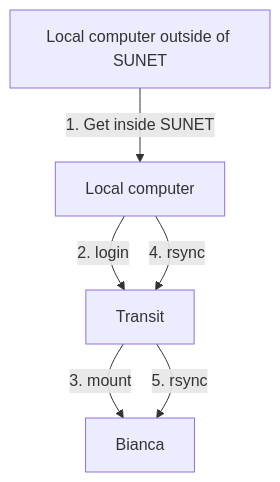
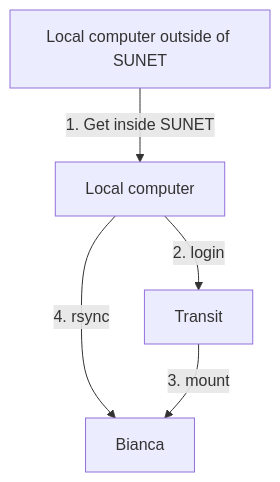
One commit to UPPMAX/UPPMAX-documentation changed the diagram in docs/cluster_guides/bianca_file_transfer_using_rsync.md. Above: the diagram before and after it, drawn with Mermaid. The commit also changed other lines of this file and 1 other file, not shown here.

Commit message:
Draft of rsync to Bianca

````diff
--- a/docs/cluster_guides/bianca_file_transfer_using_rsync.md
+++ b/docs/cluster_guides/bianca_file_transfer_using_rsync.md
@@ -8,12 +8,11 @@
 ```mermaid
 flowchart TD
   local_computer_ourside_sunet[Local computer outside of SUNET]
   local_computer[Local computer]
   transit[Transit]
   bianca[Bianca]
   local_computer_ourside_sunet --> |1. Get inside SUNET|local_computer
   local_computer --> |2. login| transit
-  local_computer --> |4. rsync| transit
+  local_computer --> |4. rsync| bianca
   transit --> |3. mount| bianca
-  transit --> |5. rsync| bianca
 ```
````
